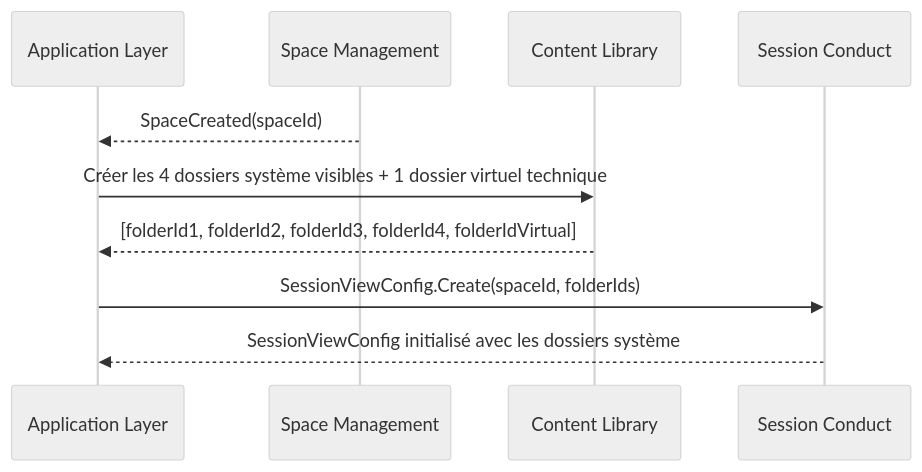
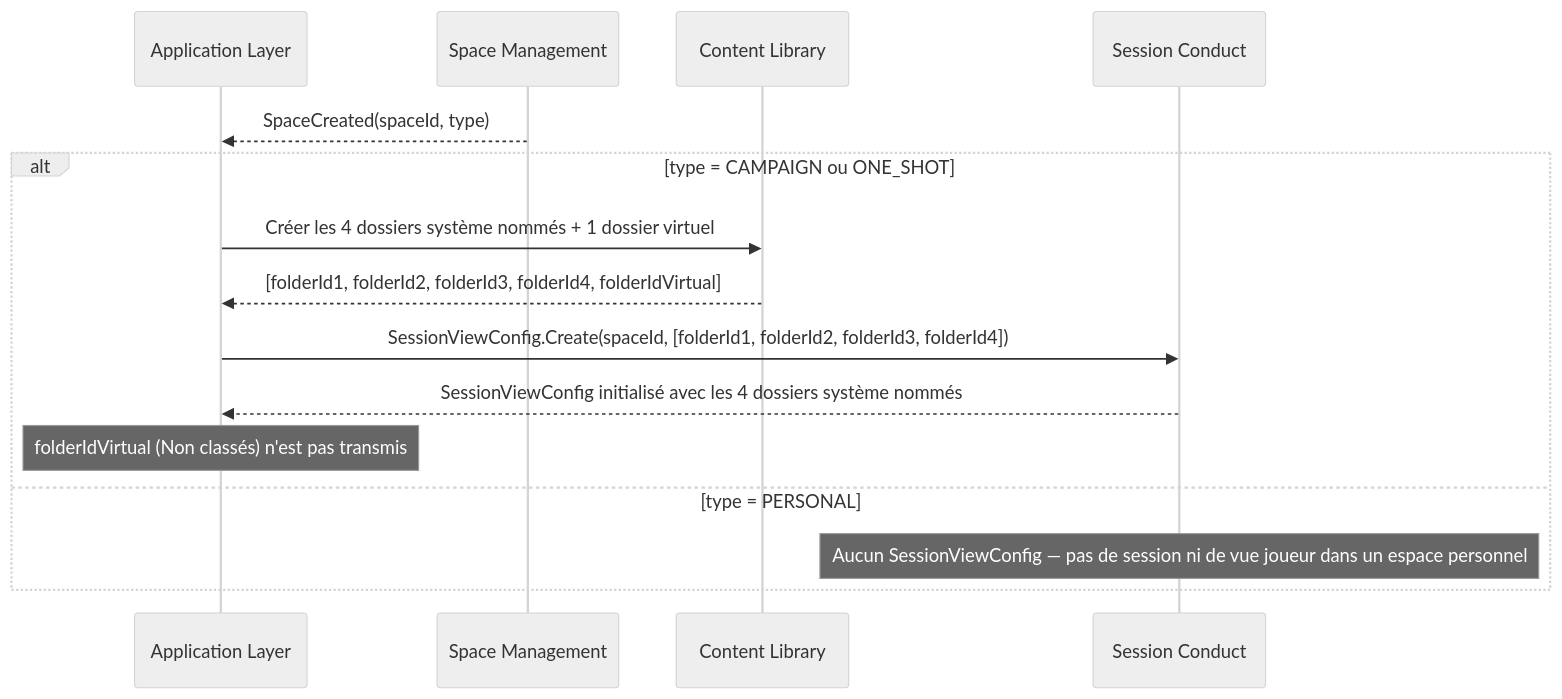
Before and after one commit to 2025-10-CDA-ECO-P6/PM-micro-saas: the first of 9 diagrams in docs/domaine/session-conduct/flows.md, drawn with Mermaid (neutral theme). The commit also changed other lines of this file and 46 other files, not shown here.

````diff
--- a/docs/domaine/session-conduct/flows.md
+++ b/docs/domaine/session-conduct/flows.md
@@ -5,13 +5,18 @@
 ```mermaid
 sequenceDiagram
     participant App as Application Layer
     participant SM as Space Management
     participant CL as Content Library
     participant SC as Session Conduct
 
-    SM-->>App: SpaceCreated(spaceId)
-    App->>CL: Créer les 4 dossiers système visibles + 1 dossier virtuel technique
-    CL-->>App: [folderId1, folderId2, folderId3, folderId4, folderIdVirtual]
-    App->>SC: SessionViewConfig.Create(spaceId, folderIds)
-    SC-->>App: SessionViewConfig initialisé avec les dossiers système
+    SM-->>App: SpaceCreated(spaceId, type)
+    alt type = CAMPAIGN ou ONE_SHOT
+        App->>CL: Créer les 4 dossiers système nommés + 1 dossier virtuel
+        CL-->>App: [folderId1, folderId2, folderId3, folderId4, folderIdVirtual]
+        App->>SC: SessionViewConfig.Create(spaceId, [folderId1, folderId2, folderId3, folderId4])
+        SC-->>App: SessionViewConfig initialisé avec les 4 dossiers système nommés
+        Note over App: folderIdVirtual (Non classés) n'est pas transmis
+    else type = PERSONAL
+        Note over SC: Aucun SessionViewConfig — pas de session ni de vue joueur dans un espace personnel
+    end
 ```
````
